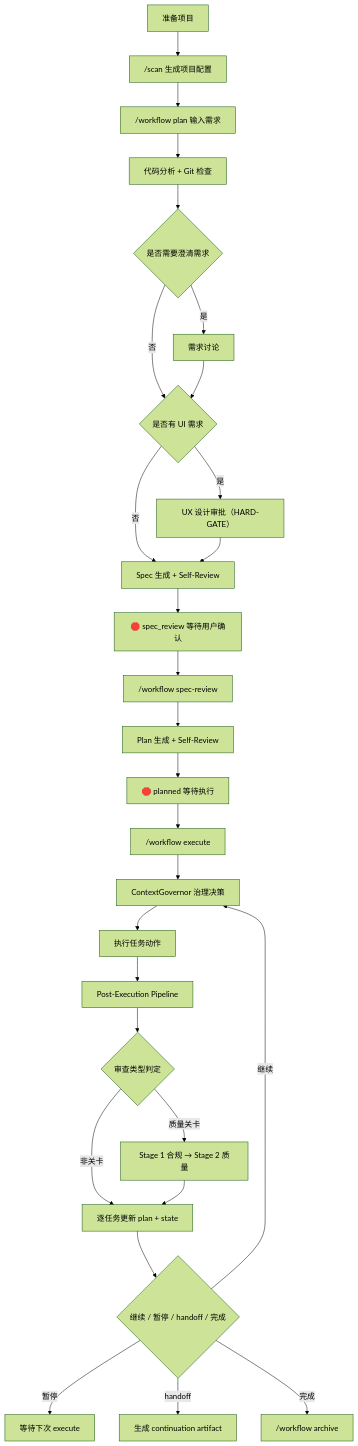
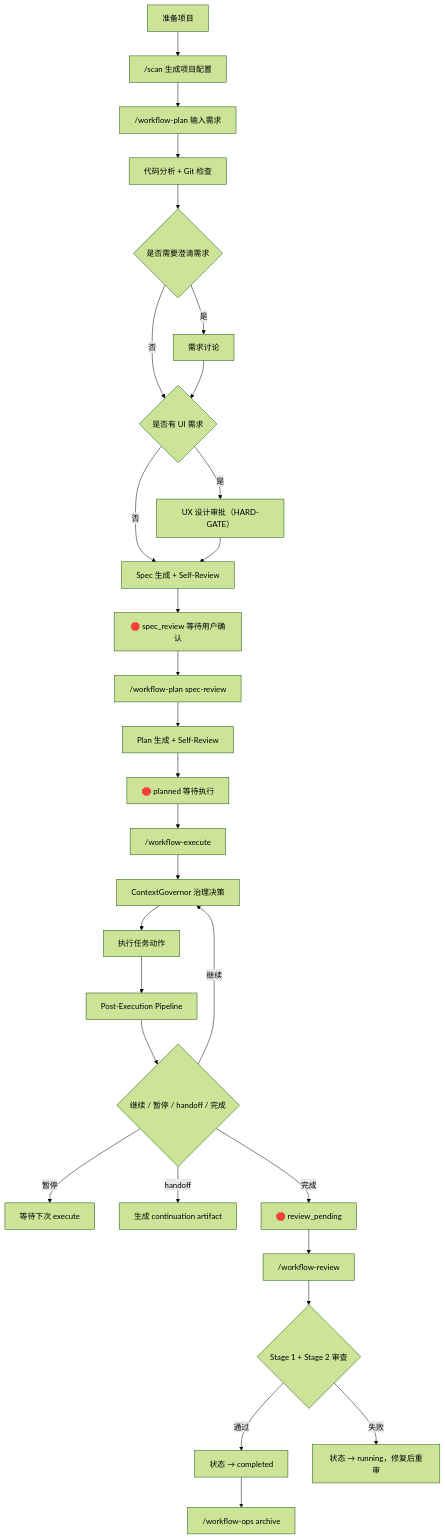
One commit to fan776783/claude-workflow changed the first of 8 diagrams in Claude-Code-工作流体系指南.md. Above: the diagram before and after it, drawn with Mermaid (forest theme). The commit also changed other lines of this file and 1 other file, not shown here.

Commit message:
chore: docs: update and refine workflow documentation in README and guide

````diff
--- a/Claude-Code-工作流体系指南.md
+++ b/Claude-Code-工作流体系指南.md
@@ -312,31 +316,32 @@
 ```mermaid
 flowchart TD
     A["准备项目"] --> B["/scan 生成项目配置"]
-    B --> C["/workflow plan 输入需求"]
+    B --> C["/workflow-plan 输入需求"]
     C --> D["代码分析 + Git 检查"]
     D --> E{"是否需要澄清需求"}
     E -->|是| F["需求讨论"]
     E -->|否| G{"是否有 UI 需求"}
     F --> G
     G -->|是| H["UX 设计审批（HARD-GATE）"]
     G -->|否| I["Spec 生成 + Self-Review"]
     H --> I
     I --> J["🛑 spec_review 等待用户确认"]
-    J --> K["/workflow spec-review"]
+    J --> K["/workflow-plan spec-review"]
     K --> L["Plan 生成 + Self-Review"]
     L --> M["🛑 planned 等待执行"]
 
-    M --> N["/workflow execute"]
+    M --> N["/workflow-execute"]
     N --> O["ContextGovernor 治理决策"]
     O --> P["执行任务动作"]
     P --> Q["Post-Execution Pipeline"]
-    Q --> R{"审查类型判定"}
-    R -->|质量关卡| S["Stage 1 合规 → Stage 2 质量"]
-    R -->|非关卡| T["逐任务更新 plan + state"]
-    S --> T
-    T --> U{"继续 / 暂停 / handoff / 完成"}
-    U -->|继续| O
-    U -->|暂停| V["等待下次 execute"]
-    U -->|handoff| W["生成 continuation artifact"]
-    U -->|完成| X["/workflow archive"]
+    Q --> R{"继续 / 暂停 / handoff / 完成"}
+    R -->|继续| O
+    R -->|暂停| S["等待下次 execute"]
+    R -->|handoff| T["生成 continuation artifact"]
+    R -->|完成| U["🛑 review_pending"]
+    U --> V["/workflow-review"]
+    V --> W{"Stage 1 + Stage 2 审查"}
+    W -->|通过| X["状态 → completed"]
+    W -->|失败| Y["状态 → running，修复后重审"]
+    X --> Z["/workflow-ops archive"]
 ```
````
